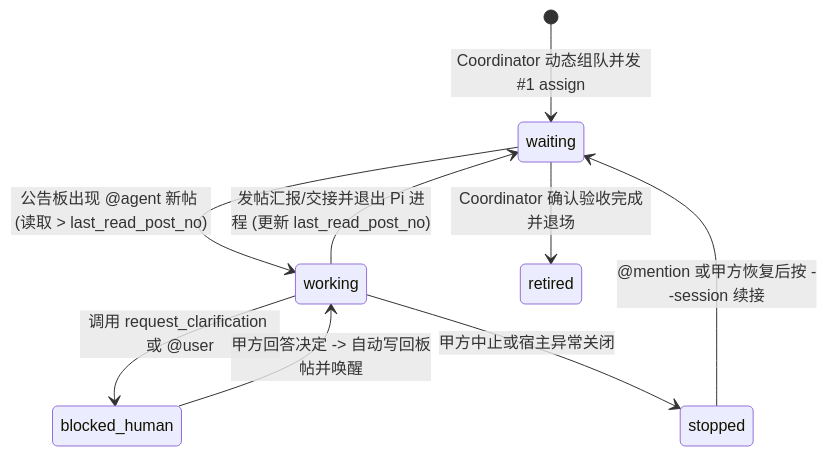
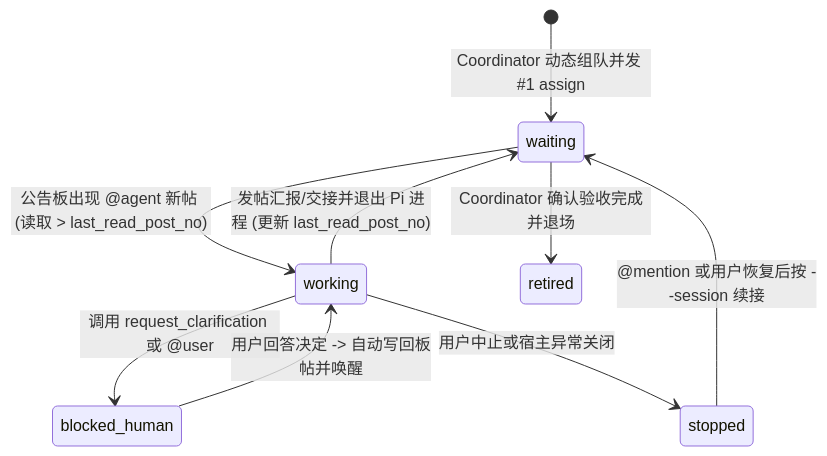
Before and after one commit to civaapple-alt/personal-agent: the second of 2 diagrams in docs/concepts/v0.9-board-and-storage-design.md, drawn with Mermaid. The commit also changed other lines of this file and 1 other file, not shown here.

````diff
--- a/docs/concepts/v0.9-board-and-storage-design.md
+++ b/docs/concepts/v0.9-board-and-storage-design.md
@@ -163,11 +163,11 @@
 ```mermaid
 stateDiagram-v2
     [*] --> waiting: Coordinator 动态组队并发 #1 assign
     waiting --> working: 公告板出现 @agent 新帖 (读取 > last_read_post_no)
     working --> waiting: 发帖汇报/交接并退出 Pi 进程 (更新 last_read_post_no)
     working --> blocked_human: 调用 request_clarification 或 @user
-    blocked_human --> working: 甲方回答决定 -> 自动写回板帖并唤醒
+    blocked_human --> working: 用户回答决定 -> 自动写回板帖并唤醒
     waiting --> retired: Coordinator 确认验收完成并退场
-    working --> stopped: 甲方中止或宿主异常关闭
-    stopped --> waiting: @mention 或甲方恢复后按 --session 续接
+    working --> stopped: 用户中止或宿主异常关闭
+    stopped --> waiting: @mention 或用户恢复后按 --session 续接
 ```
````
